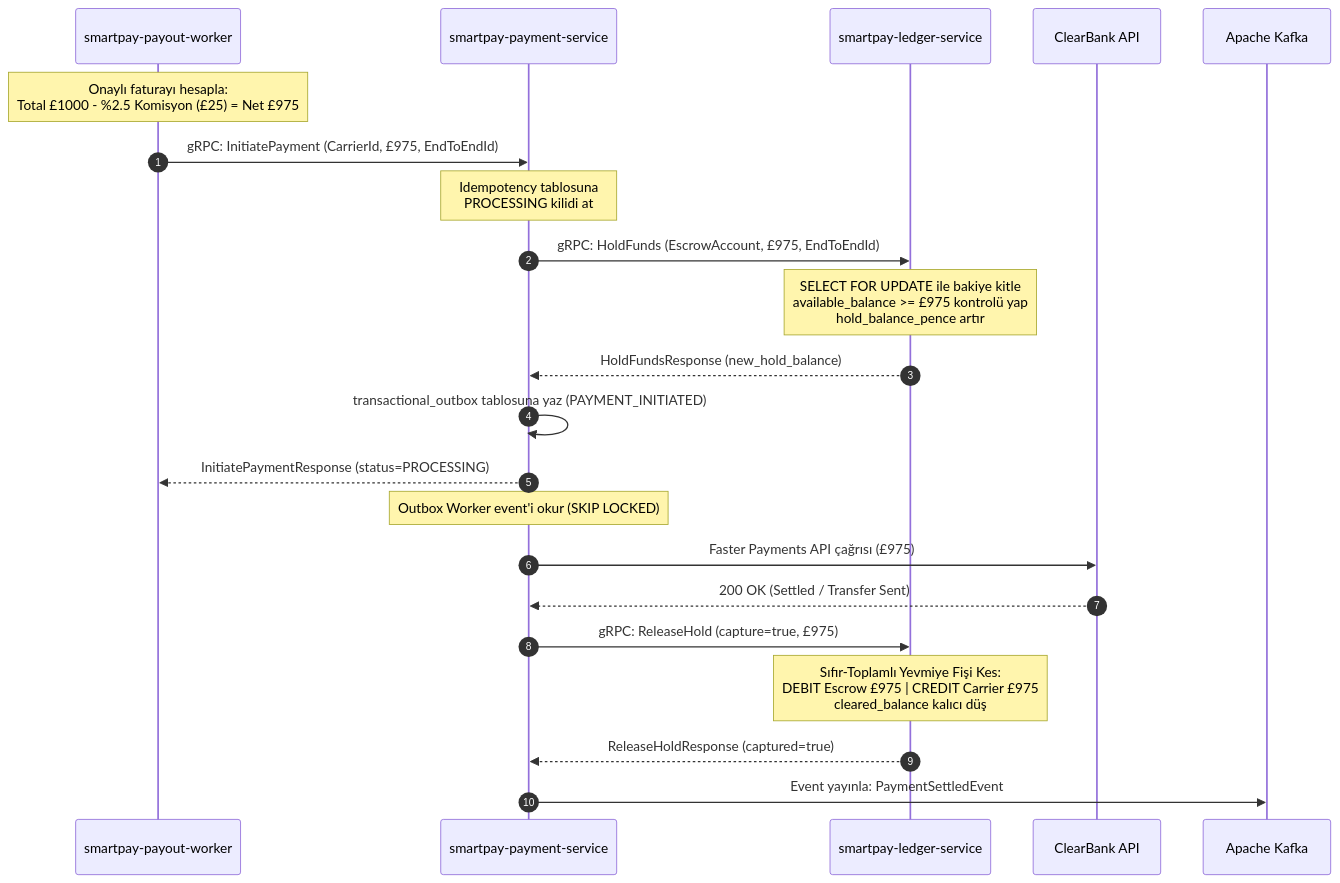
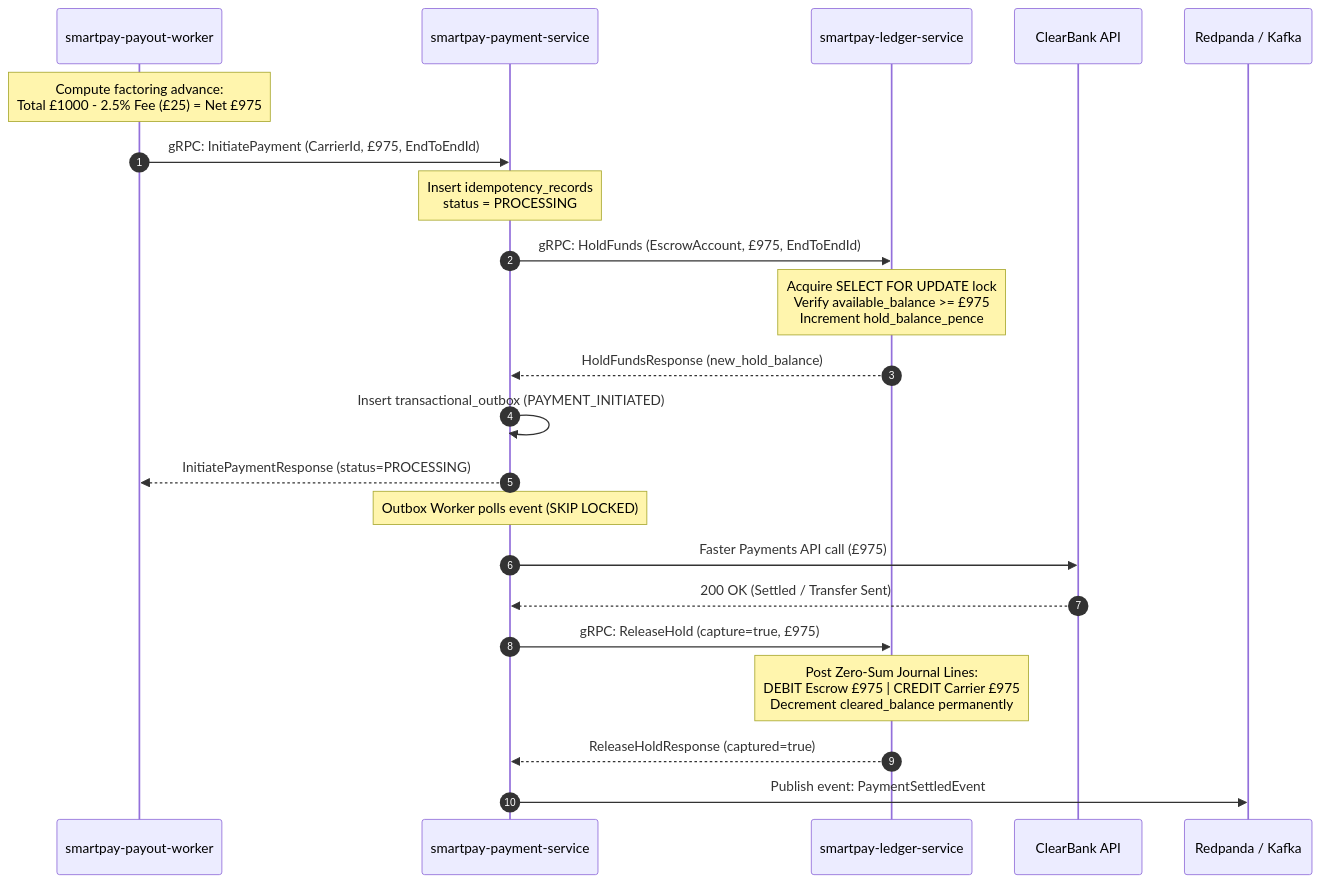
Before and after one commit to netologist/smartpay-system: the second of 3 diagrams in docs/architecture/sequence-diagrams.md, drawn with Mermaid. The commit also changed other lines of this file and 22 other files, not shown here.

Commit message:
docs: translate all architecture docs, ADRs, story cards, and README to English

````diff
--- a/docs/architecture/sequence-diagrams.md
+++ b/docs/architecture/sequence-diagrams.md
@@ -47,31 +47,31 @@
 ```mermaid
 sequenceDiagram
     autonumber
     participant Worker as smartpay-payout-worker
     participant PaymentSvc as smartpay-payment-service
     participant LedgerSvc as smartpay-ledger-service
     participant Bank as ClearBank API
-    participant Kafka as Apache Kafka
+    participant Kafka as Redpanda / Kafka
 
-    Note over Worker: Onaylı faturayı hesapla:<br/>Total £1000 - %2.5 Komisyon (£25) = Net £975
+    Note over Worker: Compute factoring advance:<br/>Total £1000 - 2.5% Fee (£25) = Net £975
     Worker->>PaymentSvc: gRPC: InitiatePayment (CarrierId, £975, EndToEndId)
 
-    Note over PaymentSvc: Idempotency tablosuna<br/>PROCESSING kilidi at
+    Note over PaymentSvc: Insert idempotency_records<br/>status = PROCESSING
     PaymentSvc->>LedgerSvc: gRPC: HoldFunds (EscrowAccount, £975, EndToEndId)
     
-    Note over LedgerSvc: SELECT FOR UPDATE ile bakiye kitle<br/>available_balance >= £975 kontrolü yap<br/>hold_balance_pence artır
+    Note over LedgerSvc: Acquire SELECT FOR UPDATE lock<br/>Verify available_balance >= £975<br/>Increment hold_balance_pence
     LedgerSvc-->>PaymentSvc: HoldFundsResponse (new_hold_balance)
 
-    PaymentSvc->>PaymentSvc: transactional_outbox tablosuna yaz (PAYMENT_INITIATED)
+    PaymentSvc->>PaymentSvc: Insert transactional_outbox (PAYMENT_INITIATED)
     PaymentSvc-->>Worker: InitiatePaymentResponse (status=PROCESSING)
 
-    Note over PaymentSvc: Outbox Worker event'i okur (SKIP LOCKED)
-    PaymentSvc->>Bank: Faster Payments API çağrısı (£975)
+    Note over PaymentSvc: Outbox Worker polls event (SKIP LOCKED)
+    PaymentSvc->>Bank: Faster Payments API call (£975)
     Bank-->>PaymentSvc: 200 OK (Settled / Transfer Sent)
 
     PaymentSvc->>LedgerSvc: gRPC: ReleaseHold (capture=true, £975)
-    Note over LedgerSvc: Sıfır-Toplamlı Yevmiye Fişi Kes:<br/>DEBIT Escrow £975 | CREDIT Carrier £975<br/>cleared_balance kalıcı düş
+    Note over LedgerSvc: Post Zero-Sum Journal Lines:<br/>DEBIT Escrow £975 | CREDIT Carrier £975<br/>Decrement cleared_balance permanently
     LedgerSvc-->>PaymentSvc: ReleaseHoldResponse (captured=true)
 
-    PaymentSvc->>Kafka: Event yayınla: PaymentSettledEvent
+    PaymentSvc->>Kafka: Publish event: PaymentSettledEvent
 ```
````
